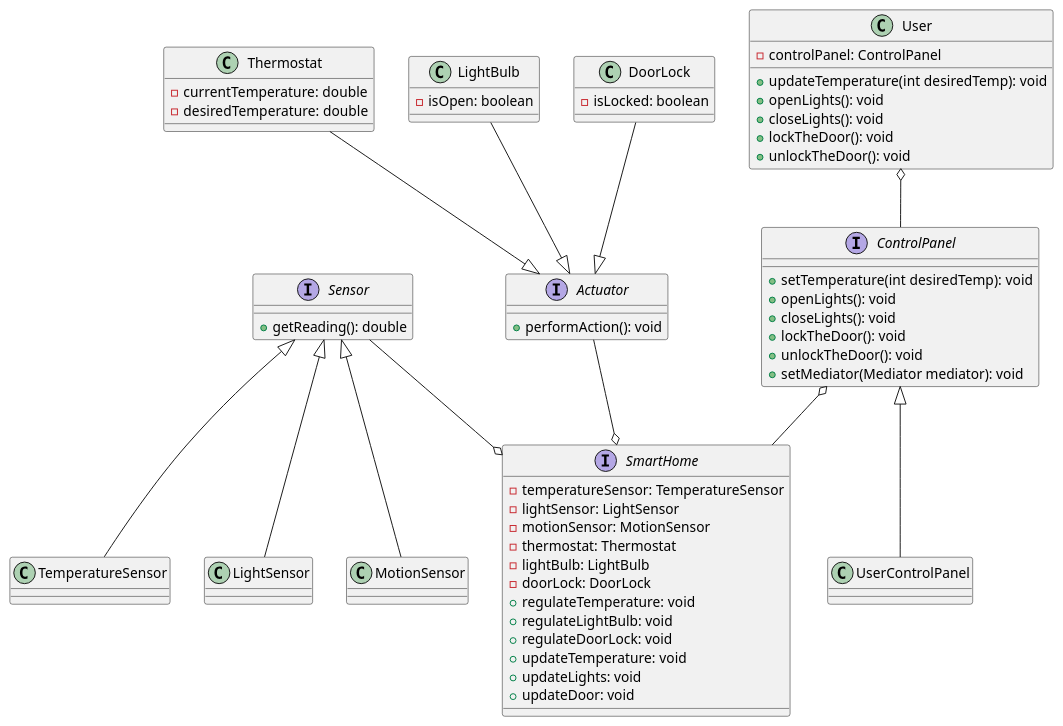
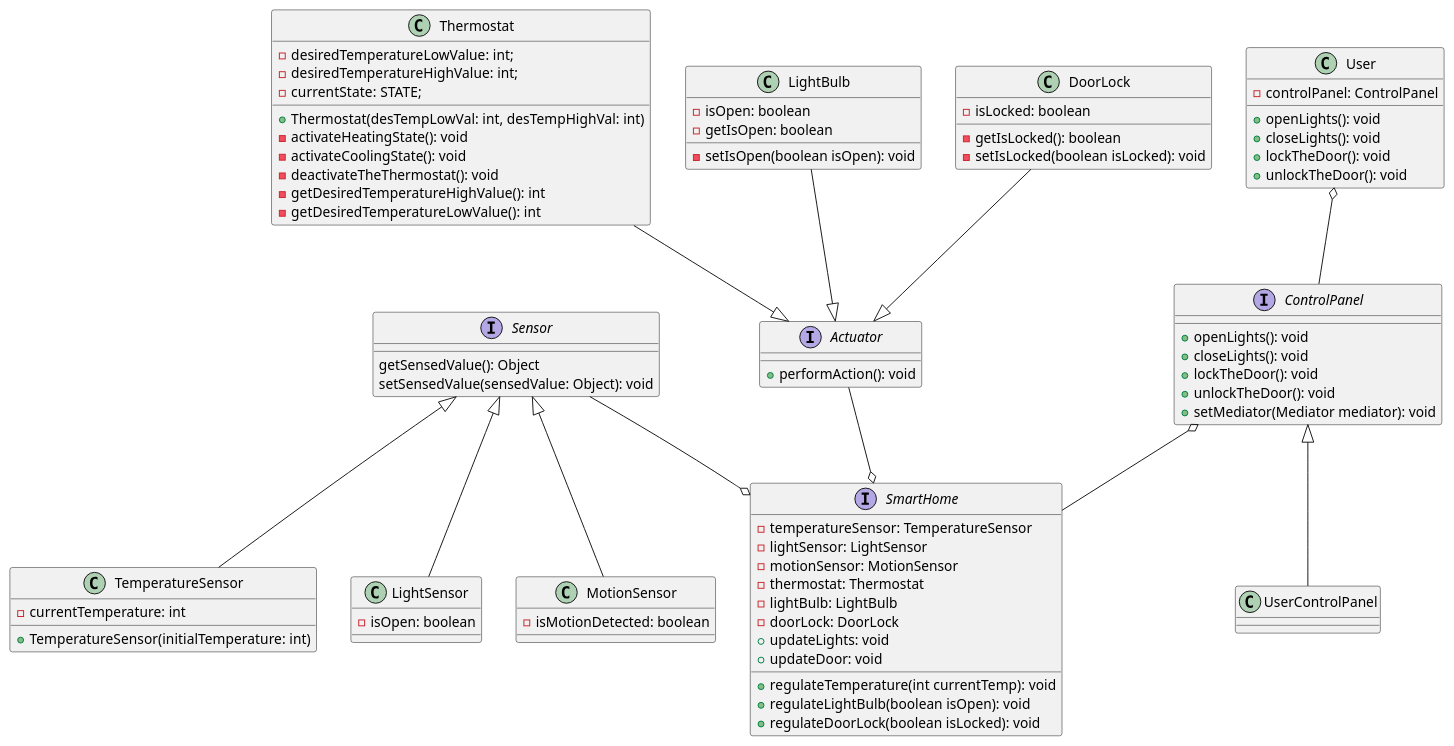
Before and after one commit to umutcanceyhan7/oop-practice-projects: the diagram in src/Diagrams/ClassDiagram/classDiagram.puml, drawn with PlantUML. The commit also changed 22 other files, not shown here.

Commit message:
Diagrams are added and code is updated accordingly

```diff
--- a/src/Diagrams/ClassDiagram/classDiagram.puml
+++ b/src/Diagrams/ClassDiagram/classDiagram.puml
@@ -1,68 +1,81 @@
 @startuml
 interface Sensor {
-        +getReading(): double
-    }
-    class TemperatureSensor {
-    }
-    class LightSensor {
-    }
-    class MotionSensor {
-    }
-    interface Actuator {
-        +performAction(): void
-    }
-    class Thermostat {
-        -currentTemperature: double
-        -desiredTemperature: double
-    }
-    class LightBulb {
-        -isOpen: boolean
-    }
-    class DoorLock {
-        -isLocked: boolean
-    }
+        getSensedValue(): Object
+        setSensedValue(sensedValue: Object): void
+}
+class TemperatureSensor {
+    -currentTemperature: int
+    +TemperatureSensor(initialTemperature: int)
+}
+class LightSensor {
+    -isOpen: boolean
+}
+class MotionSensor {
+    -isMotionDetected: boolean
+}
+interface Actuator {
+    +performAction(): void
+}
+class Thermostat {
+    -desiredTemperatureLowValue: int;
+    -desiredTemperatureHighValue: int;
+    -currentState: STATE;
+    +Thermostat(desTempLowVal: int, desTempHighVal: int)
+    -activateHeatingState(): void
+    -activateCoolingState(): void
+    -deactivateTheThermostat(): void
+    -getDesiredTemperatureHighValue(): int
+    -getDesiredTemperatureLowValue(): int
+}
+class LightBulb {
+    -isOpen: boolean
+    -getIsOpen: boolean
+    -setIsOpen(boolean isOpen): void
+}
+class DoorLock {
+    -isLocked: boolean
+    -getIsLocked(): boolean
+    -setIsLocked(boolean isLocked): void
+}
 interface ControlPanel {
-    +setTemperature(int desiredTemp): void
     +openLights(): void
     +closeLights(): void
     +lockTheDoor(): void
     +unlockTheDoor(): void
     +setMediator(Mediator mediator): void
 }
 class UserControlPanel {
 }
 interface SmartHome {
     -temperatureSensor: TemperatureSensor
     -lightSensor: LightSensor
     -motionSensor: MotionSensor
     -thermostat: Thermostat
     -lightBulb: LightBulb
     -doorLock: DoorLock
-    +regulateTemperature: void
-    +regulateLightBulb: void
-    +regulateDoorLock: void
-    +updateTemperature: void
+    +regulateTemperature(int currentTemp): void
+    +regulateLightBulb(boolean isOpen): void
+    +regulateDoorLock(boolean isLocked): void
     +updateLights: void
     +updateDoor: void
 }
 class User {
    -controlPanel: ControlPanel
-   +updateTemperature(int desiredTemp): void
    +openLights(): void
    +closeLights(): void
    +lockTheDoor(): void
    +unlockTheDoor(): void
 }
 
 ControlPanel o-- SmartHome
 Sensor --o  SmartHome
 Actuator --o SmartHome
 Sensor <|-- TemperatureSensor
 Sensor <|-- LightSensor
 Sensor <|-- MotionSensor
 Thermostat  --|>  Actuator
 LightBulb  --|>   Actuator
 DoorLock  --|> Actuator
 ControlPanel <|--  UserControlPanel
 User o-- ControlPanel
 @enduml
```
